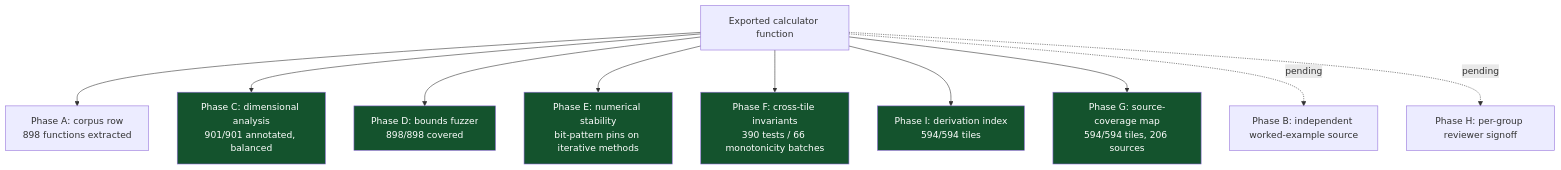
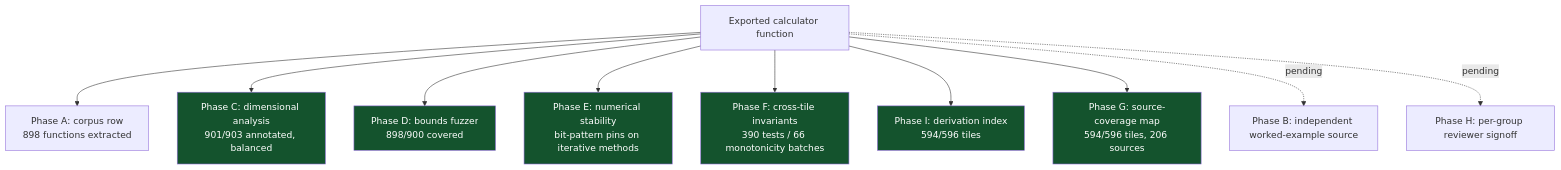
Before and after one commit to clay-good/roughlogic.com: the sixth of 8 diagrams in README.md, drawn with Mermaid. The commit also changed other lines of this file and 16 other files, not shown here.

````diff
--- a/README.md
+++ b/README.md
@@ -386,18 +386,18 @@
 ```mermaid
 flowchart TB
     F[Exported calculator function] --> A[Phase A: corpus row\n898 functions extracted]
-    F --> C[Phase C: dimensional analysis\n901/901 annotated, balanced]
-    F --> D[Phase D: bounds fuzzer\n898/898 covered]
+    F --> C[Phase C: dimensional analysis\n901/903 annotated, balanced]
+    F --> D[Phase D: bounds fuzzer\n898/900 covered]
     F --> E[Phase E: numerical stability\nbit-pattern pins on iterative methods]
     F --> Fa[Phase F: cross-tile invariants\n390 tests / 66 monotonicity batches]
-    F --> I[Phase I: derivation index\n594/594 tiles]
-    F --> G[Phase G: source-coverage map\n594/594 tiles, 206 sources]
+    F --> I[Phase I: derivation index\n594/596 tiles]
+    F --> G[Phase G: source-coverage map\n594/596 tiles, 206 sources]
     F -.pending.-> B[Phase B: independent worked-example source]
     F -.pending.-> H[Phase H: per-group reviewer signoff]
     style C fill:#14532d,color:#fff
     style D fill:#14532d,color:#fff
     style E fill:#14532d,color:#fff
     style Fa fill:#14532d,color:#fff
     style G fill:#14532d,color:#fff
     style I fill:#14532d,color:#fff
 ```
````
